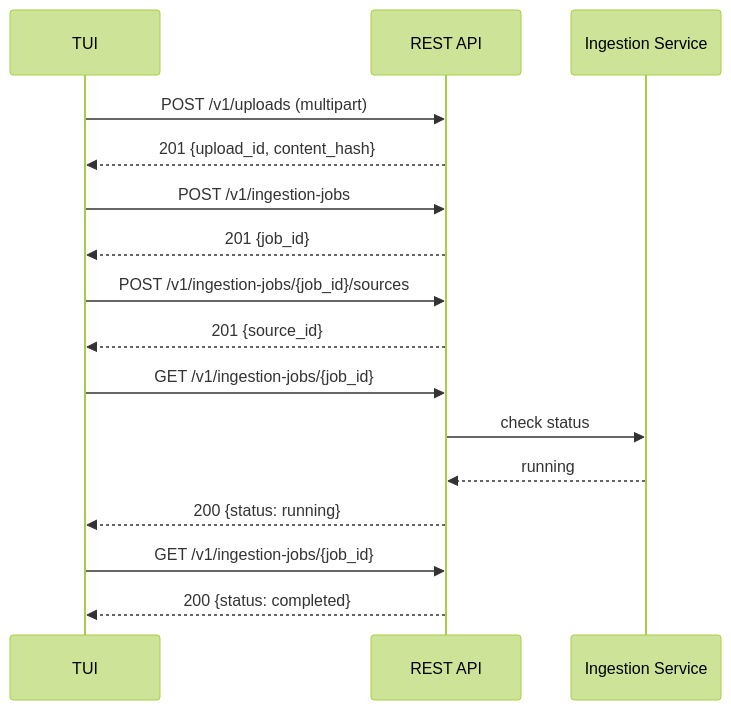
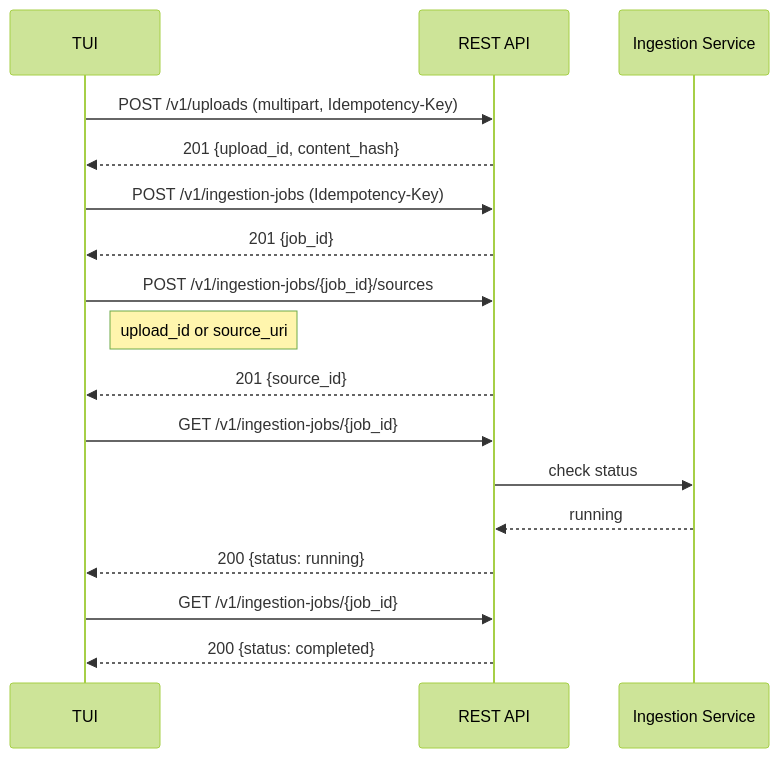
Before and after one commit to leynos/episodic: the third of 8 diagrams in docs/episodic-tui-api-design.md, drawn with Mermaid (forest theme). The commit also changed other lines of this file and 2 other files, not shown here.

First line of the commit message:
Align source-to-script roadmap and API design

````diff
--- a/docs/episodic-tui-api-design.md
+++ b/docs/episodic-tui-api-design.md
@@ -671,19 +725,20 @@
 ```mermaid
 sequenceDiagram
     participant TUI
     participant REST as REST API
     participant Ingestion as Ingestion Service
 
-    TUI->>REST: POST /v1/uploads (multipart)
+    TUI->>REST: POST /v1/uploads (multipart, Idempotency-Key)
     REST-->>TUI: 201 {upload_id, content_hash}
-    TUI->>REST: POST /v1/ingestion-jobs
+    TUI->>REST: POST /v1/ingestion-jobs (Idempotency-Key)
     REST-->>TUI: 201 {job_id}
     TUI->>REST: POST /v1/ingestion-jobs/{job_id}/sources
+    Note right of TUI: upload_id or source_uri
     REST-->>TUI: 201 {source_id}
     TUI->>REST: GET /v1/ingestion-jobs/{job_id}
     REST->>Ingestion: check status
     Ingestion-->>REST: running
     REST-->>TUI: 200 {status: running}
     TUI->>REST: GET /v1/ingestion-jobs/{job_id}
     REST-->>TUI: 200 {status: completed}
 ```
````
